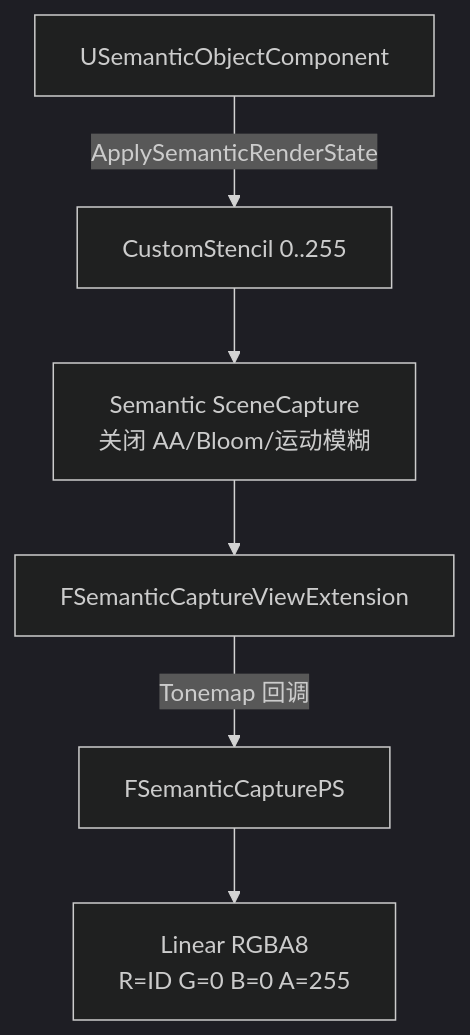
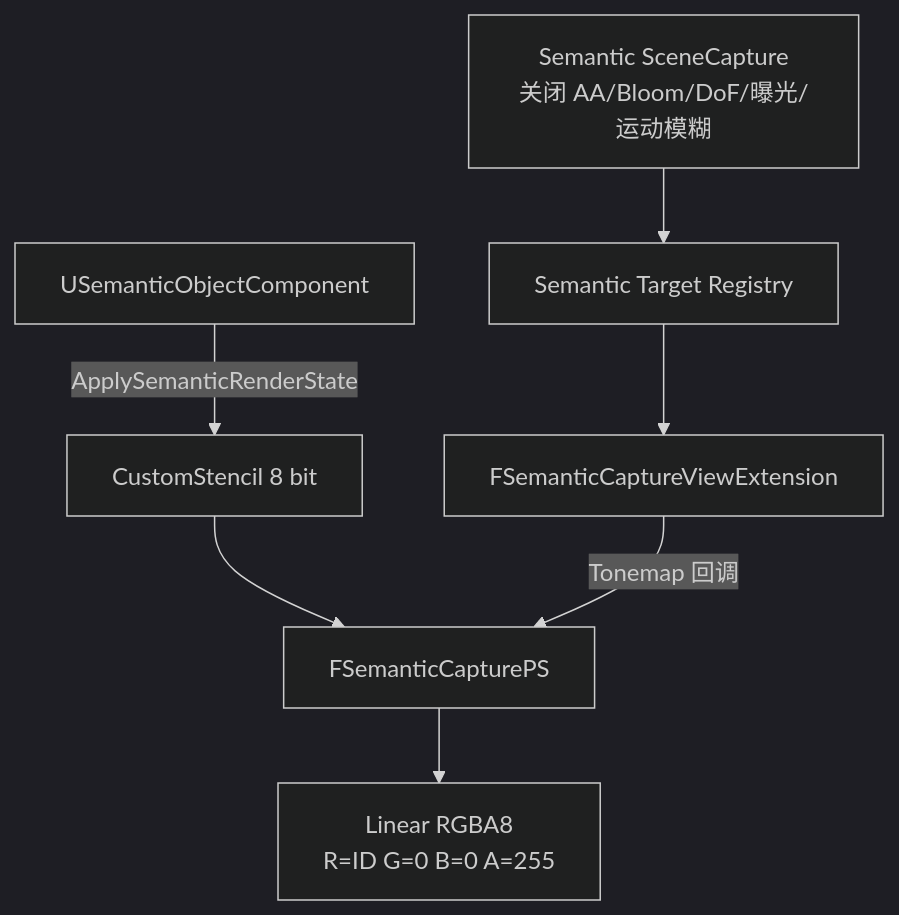
The fourth of 9 diagrams in Plugins/SensorSimulation/Docs/CurrentArchitecture.md (IceGodles/SensorSimulation), drawn with Mermaid (dark theme) before and after one commit. The commit also changed other lines of this file and 71 other files, not shown here.

````diff
--- a/Plugins/SensorSimulation/Docs/CurrentArchitecture.md
+++ b/Plugins/SensorSimulation/Docs/CurrentArchitecture.md
@@ -214,15 +386,17 @@
 ```mermaid
 flowchart TD
     Object["USemanticObjectComponent"]
-    Stencil["CustomStencil 0..255"]
-    Capture["Semantic SceneCapture<br/>关闭 AA/Bloom/运动模糊"]
+    Stencil["CustomStencil 8 bit"]
+    Capture["Semantic SceneCapture<br/>关闭 AA/Bloom/DoF/曝光/运动模糊"]
+    TargetRegistry["Semantic Target Registry"]
     Extension["FSemanticCaptureViewExtension"]
     Shader["FSemanticCapturePS"]
     Target["Linear RGBA8<br/>R=ID G=0 B=0 A=255"]
 
     Object -->|ApplySemanticRenderState| Stencil
-    Stencil --> Capture
-    Capture --> Extension
+    Capture --> TargetRegistry
+    TargetRegistry --> Extension
+    Stencil --> Shader
     Extension -->|Tonemap 回调| Shader
     Shader --> Target
 ```
````
